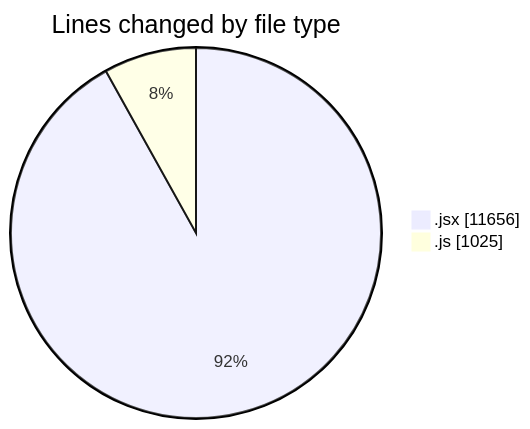
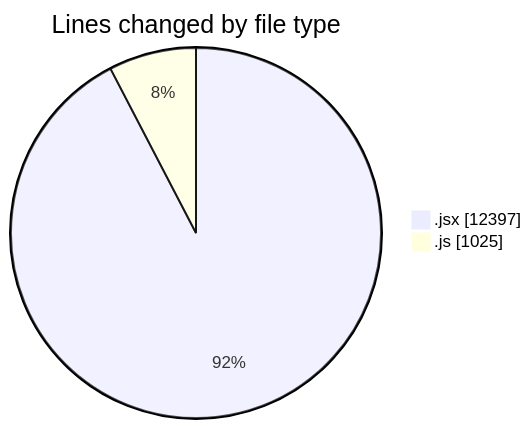
One commit to nxtqubesakshisongat/code-tracking changed the first of 2 diagrams in 2025-07-21/nxtqube_webapp/README.md. Above: the diagram before and after it, drawn with Mermaid. The commit also changed other lines of this file and 1 other file, not shown here.

````diff
--- a/2025-07-21/nxtqube_webapp/README.md
+++ b/2025-07-21/nxtqube_webapp/README.md
@@ -32,6 +33,6 @@
 ```mermaid
 pie showData
 title Lines changed by file type
-".jsx" : 11656
+".jsx" : 12397
 ".js" : 1025
 ```
````
